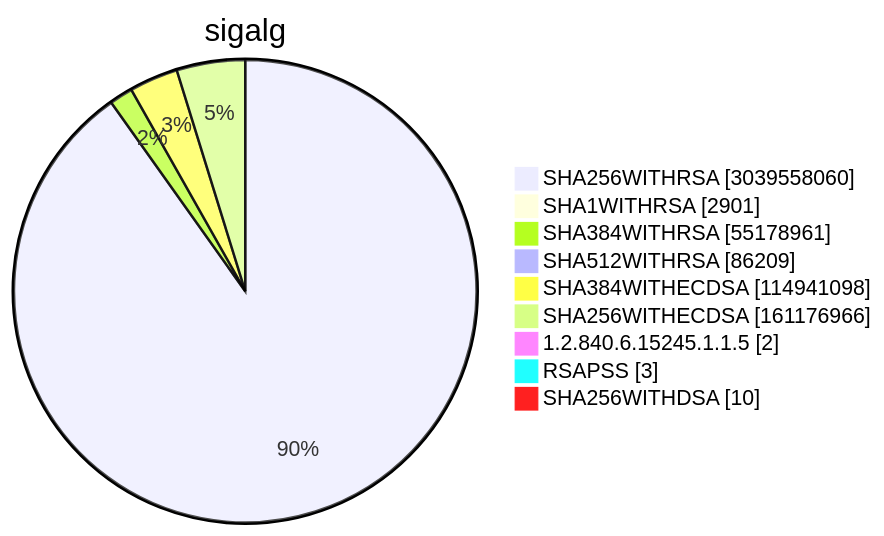
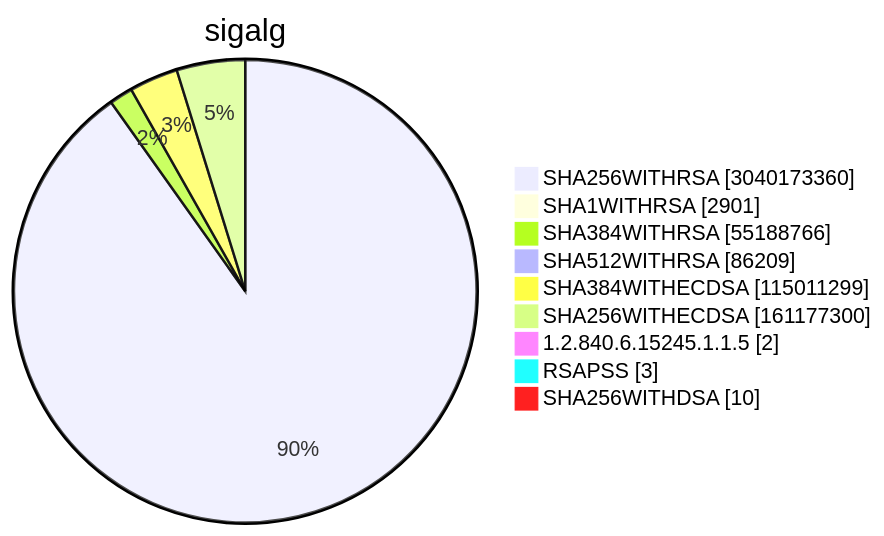
Before and after one commit to christiankrug/ctmonitor_visualization: diagram 15 of 15 in TOTAL/README.md, drawn with Mermaid. The commit also changed other lines of this file, not shown here.

````diff
--- a/TOTAL/README.md
+++ b/TOTAL/README.md
@@ -6208,13 +6208,13 @@
 ```mermaid
 pie showData
 title sigalg
-"SHA256WITHRSA" :3039558060
+"SHA256WITHRSA" :3040173360
 "SHA1WITHRSA" :2901
-"SHA384WITHRSA" :55178961
+"SHA384WITHRSA" :55188766
 "SHA512WITHRSA" :86209
-"SHA384WITHECDSA" :114941098
-"SHA256WITHECDSA" :161176966
+"SHA384WITHECDSA" :115011299
+"SHA256WITHECDSA" :161177300
 "1.2.840.6.15245.1.1.5" :2
 "RSAPSS" :3
 "SHA256WITHDSA" :10
 ```
````
